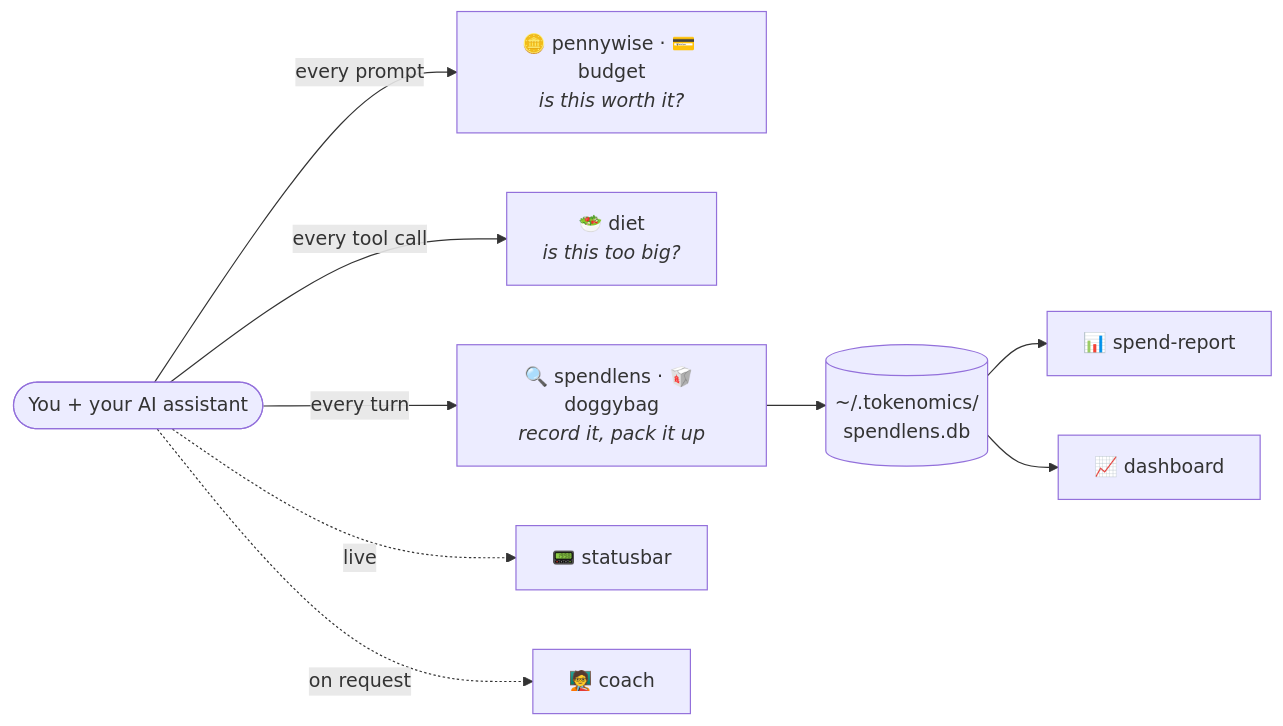
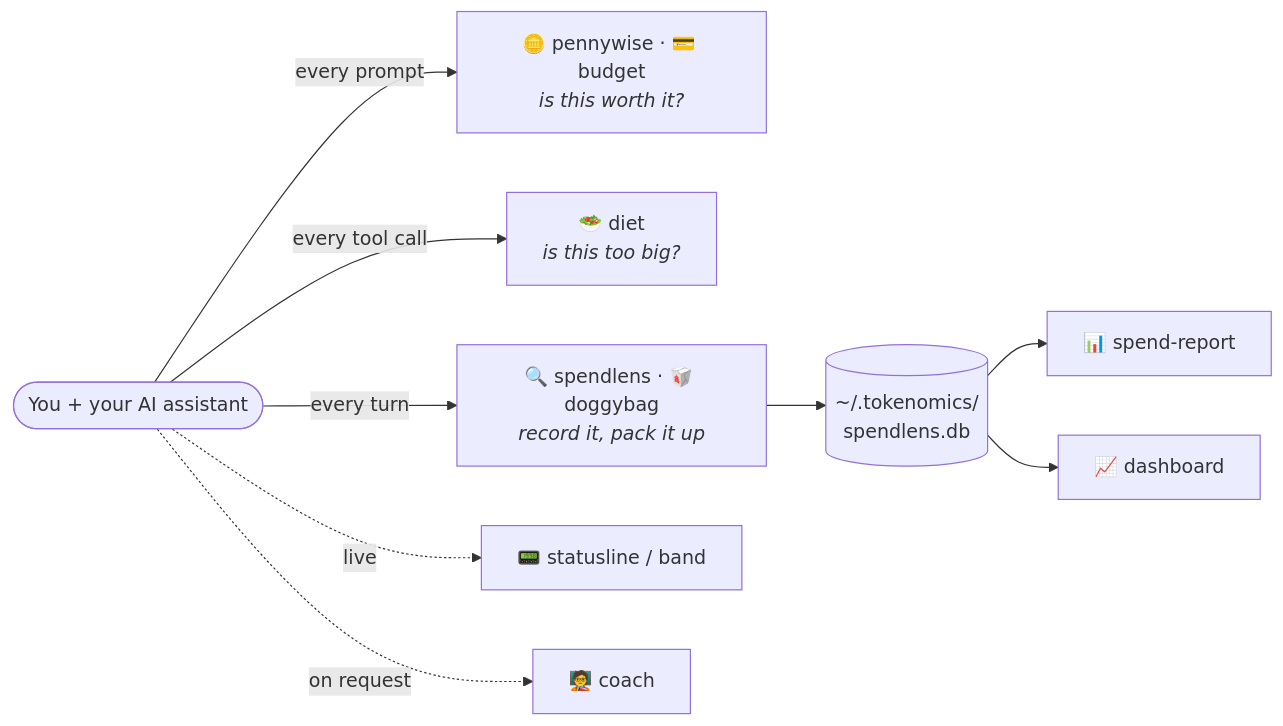
Before and after one commit to andrew44/tokenomics: the diagram in README.md, drawn with Mermaid. The commit also changed other lines of this file and 29 other files, not shown here.

````diff
--- a/README.md
+++ b/README.md
@@ -199,11 +199,11 @@
 ```mermaid
 flowchart LR
     You(["You + your AI assistant"]) -->|every prompt| G["🪙 pennywise · 💳 budget<br/><i>is this worth it?</i>"]
     You -->|every tool call| D["🥗 diet<br/><i>is this too big?</i>"]
     You -->|every turn| S["🔍 spendlens · 🥡 doggybag<br/><i>record it, pack it up</i>"]
     S --> DB[("~/.tokenomics/<br/>spendlens.db")]
     DB --> R["📊 spend-report"]
     DB --> W["📈 dashboard"]
-    You -.->|live| B["📟 statusbar"]
+    You -.->|live| B["📟 statusline / band"]
     You -.->|on request| C["🧑‍🏫 coach"]
 ```
````
